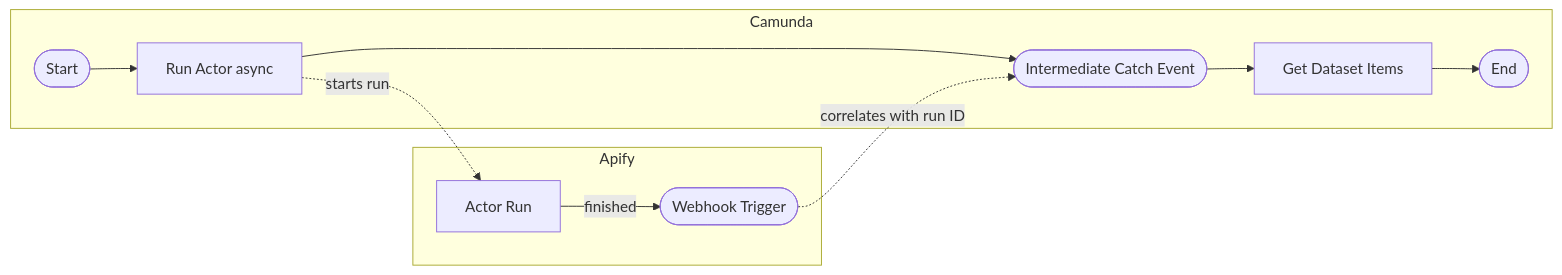
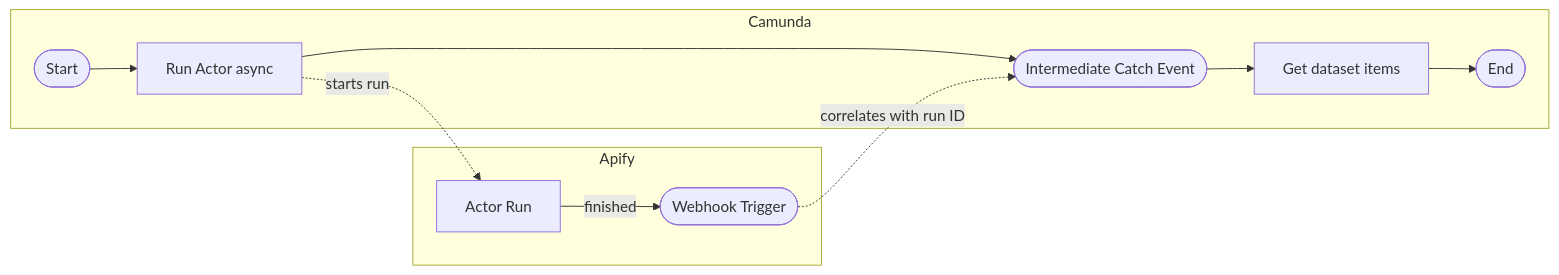
One commit to apify/apify-camunda-integration changed the third of 4 diagrams in CONTRIBUTING.md. Above: the diagram before and after it, drawn with Mermaid. The commit also changed other lines of this file and 1 other file, not shown here.

````diff
--- a/CONTRIBUTING.md
+++ b/CONTRIBUTING.md
@@ -329,14 +332,14 @@
 ```mermaid
 graph LR
     subgraph Camunda
         A([Start]) --> B[Run Actor async]
         B --> C([Intermediate Catch Event])
-        C --> D[Get Dataset Items]
+        C --> D[Get dataset items]
         D --> E([End])
     end
     subgraph Apify
         AR[Actor Run] -->|finished| W([Webhook Trigger])
     end
     B -.->|starts run| AR
     W -.->|correlates with run ID| C
 ```
````
